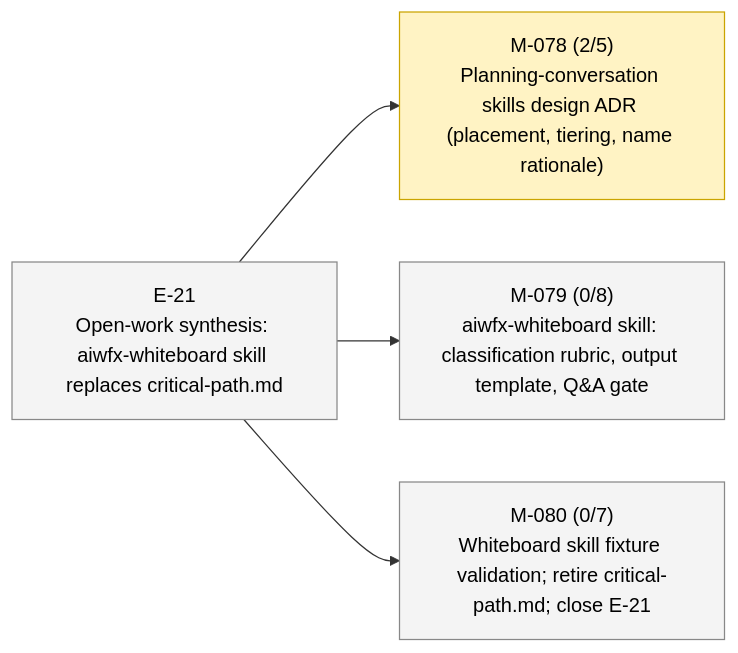
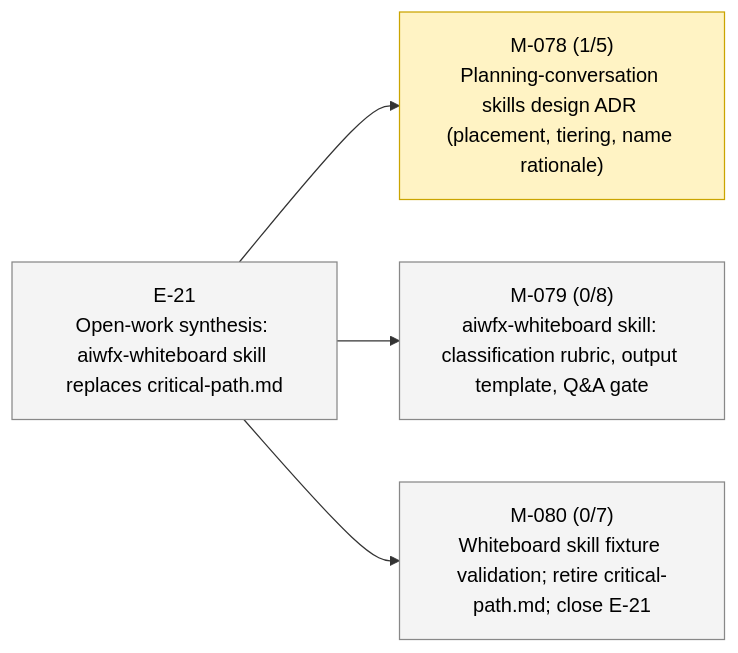
Before and after one commit to 23min/aiwf: the second of 2 diagrams in STATUS.md, drawn with Mermaid. The commit also changed other lines of this file and 1 other file, not shown here.

````diff
--- a/STATUS.md
+++ b/STATUS.md
@@ -47,16 +47,16 @@
 ```mermaid
 flowchart LR
   E_21["E-21<br/>Open-work synthesis: aiwfx-whiteboard skill replaces critical-path.md"]:::epic_proposed
-  M_078["M-078 (2/5)<br/>Planning-conversation skills design ADR (placement, tiering, name rationale)"]:::ms_in_progress
+  M_078["M-078 (1/5)<br/>Planning-conversation skills design ADR (placement, tiering, name rationale)"]:::ms_in_progress
   E_21 --> M_078
   M_079["M-079 (0/8)<br/>aiwfx-whiteboard skill: classification rubric, output template, Q&A gate"]:::ms_draft
   E_21 --> M_079
   M_080["M-080 (0/7)<br/>Whiteboard skill fixture validation; retire critical-path.md; close E-21"]:::ms_draft
   E_21 --> M_080
   classDef epic_active fill:#d6eaff,stroke:#1a73e8,color:#000
   classDef epic_proposed fill:#f4f4f4,stroke:#888,color:#000
   classDef ms_done fill:#d8f5d8,stroke:#2a8a2a,color:#000
   classDef ms_in_progress fill:#fff3c4,stroke:#caa400,color:#000
   classDef ms_draft fill:#f4f4f4,stroke:#888,color:#000
   classDef ms_cancelled fill:#fbeaea,stroke:#c33,color:#000
 ```
````
